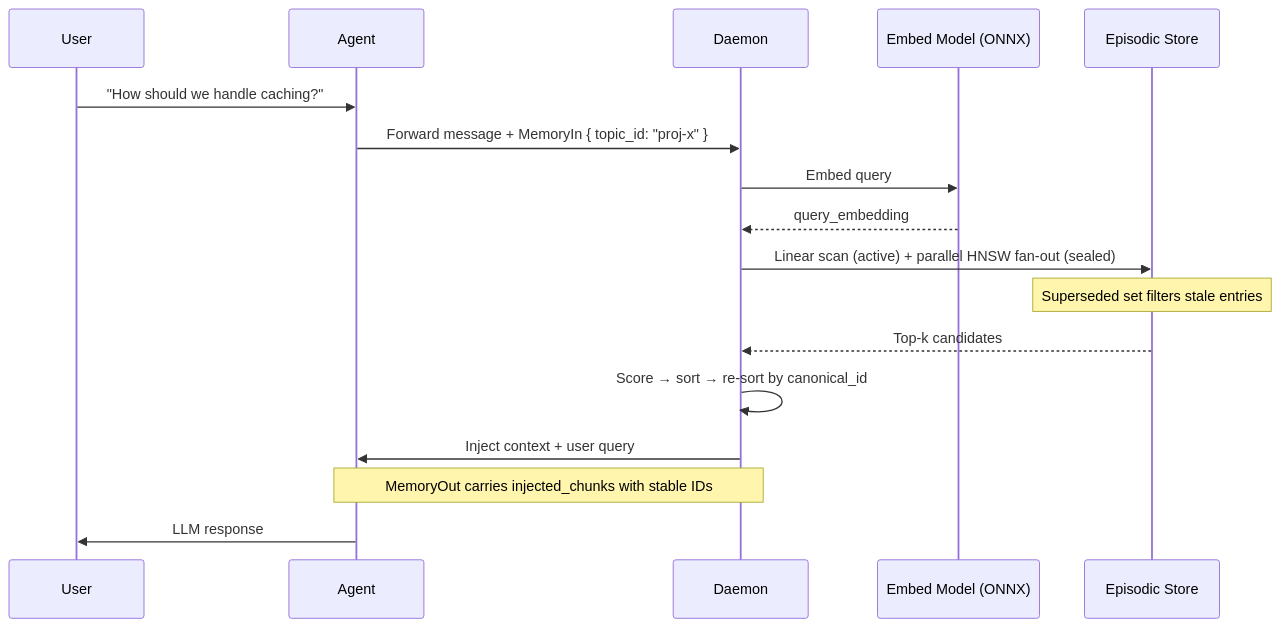
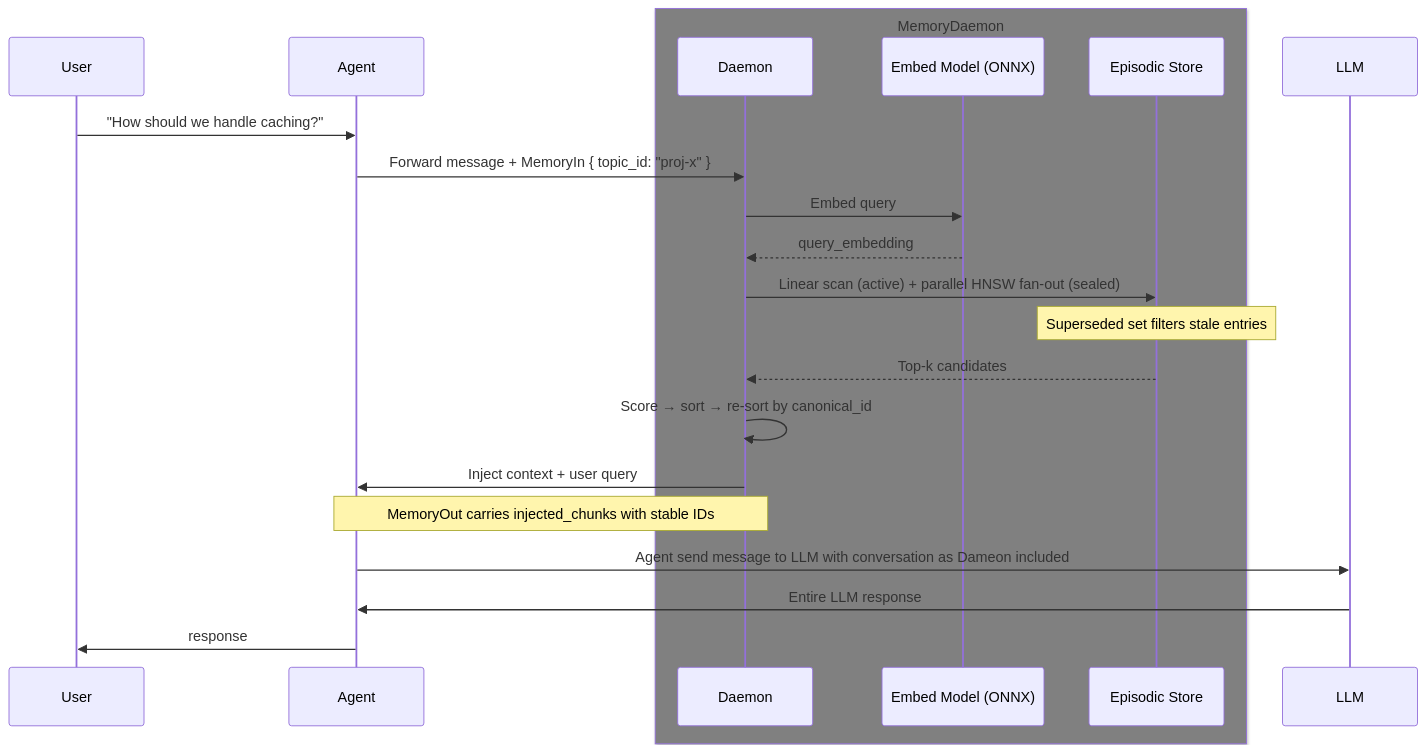
One commit to StephenSmithwick/StephenSmithwick.github.io changed the first of 7 diagrams in _posts/2026-03-10-context-manager.md. Above: the diagram before and after it, drawn with Mermaid. The commit also changed other lines of this file and 2 other files, not shown here.

````diff
--- a/_posts/2026-03-10-context-manager.md
+++ b/_posts/2026-03-10-context-manager.md
@@ -403,20 +492,25 @@
 ```mermaid
 sequenceDiagram
     participant U as User
     participant A as Agent
+    box Grey MemoryDaemon
     participant D as Daemon
     participant E as Embed Model (ONNX)
     participant ES as Episodic Store
+    end
+    participant L as LLM
 
     U->>A: "How should we handle caching?"
     A->>D: Forward message + MemoryIn { topic_id: "proj-x" }
     D->>E: Embed query
     E-->>D: query_embedding
     D->>ES: Linear scan (active) + parallel HNSW fan-out (sealed)
     Note over ES: Superseded set filters stale entries
     ES-->>D: Top-k candidates
     D->>D: Score → sort → re-sort by canonical_id
     D->>A: Inject context + user query
     Note over D,A: MemoryOut carries injected_chunks with stable IDs
-    A->>U: LLM response
+    A->>L: Agent send message to LLM with conversation as Dameon included
+    L->>A: Entire LLM response
+    A->>U: response
 ```
````
